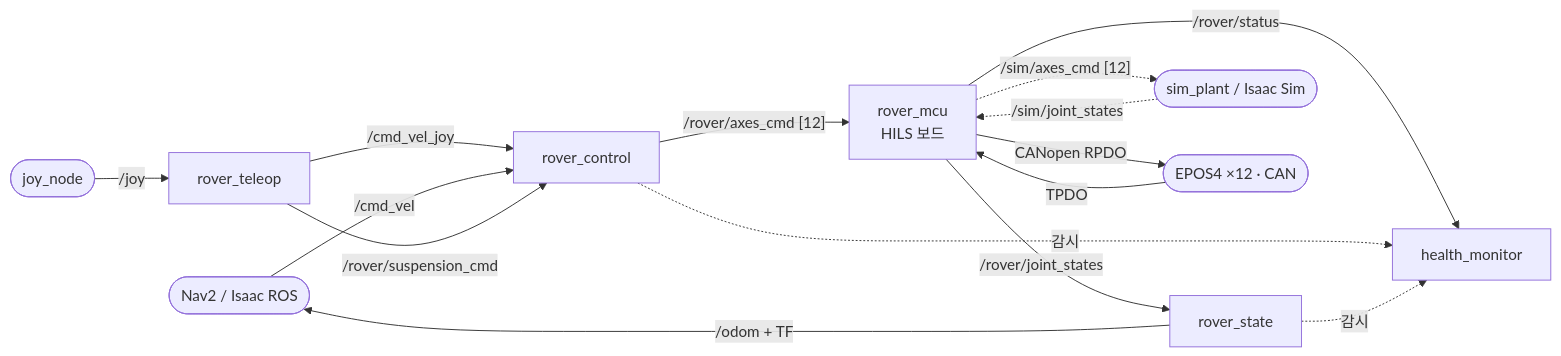
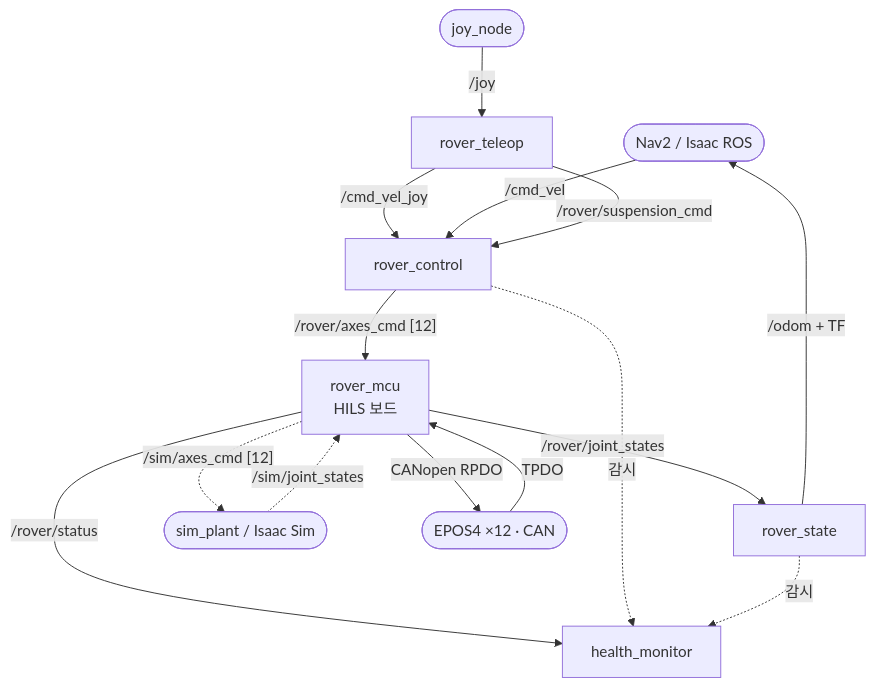
Before and after one commit to parclab-hsu/parclab-hsu.github.io: the second of 2 diagrams in homepage-src/docs/projects/l-project-hils.md, drawn with Mermaid. The commit also changed 4 other files, not shown here.

````diff
--- a/homepage-src/docs/projects/l-project-hils.md
+++ b/homepage-src/docs/projects/l-project-hils.md
@@ -83,29 +83,29 @@
 ```mermaid
-flowchart LR
+flowchart TB
     NAV(["Nav2 / Isaac ROS"])
     JOYD(["joy_node"])
     TELE["rover_teleop"]
     RC["rover_control"]
     RS["rover_state"]
     HM["health_monitor"]
     MCU["rover_mcu<br/>HILS 보드"]
     PLANT(["sim_plant / Isaac Sim"])
     EPOS(["EPOS4 ×12 · CAN"])
 
     JOYD -- "/joy" --> TELE
     TELE -- "/cmd_vel_joy" --> RC
     NAV -- "/cmd_vel" --> RC
     TELE -- "/rover/suspension_cmd" --> RC
 
     RC -- "/rover/axes_cmd [12]" --> MCU
     MCU -- "CANopen RPDO" --> EPOS
     EPOS -- "TPDO" --> MCU
     MCU -. "/sim/axes_cmd [12]" .-> PLANT
     PLANT -. "/sim/joint_states" .-> MCU
 
     MCU -- "/rover/joint_states" --> RS
     RS -- "/odom + TF" --> NAV
     MCU -- "/rover/status" --> HM
     RC -. 감시 .-> HM
     RS -. 감시 .-> HM
 ```
````
